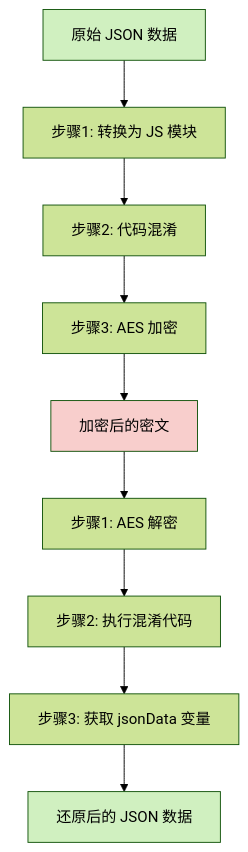
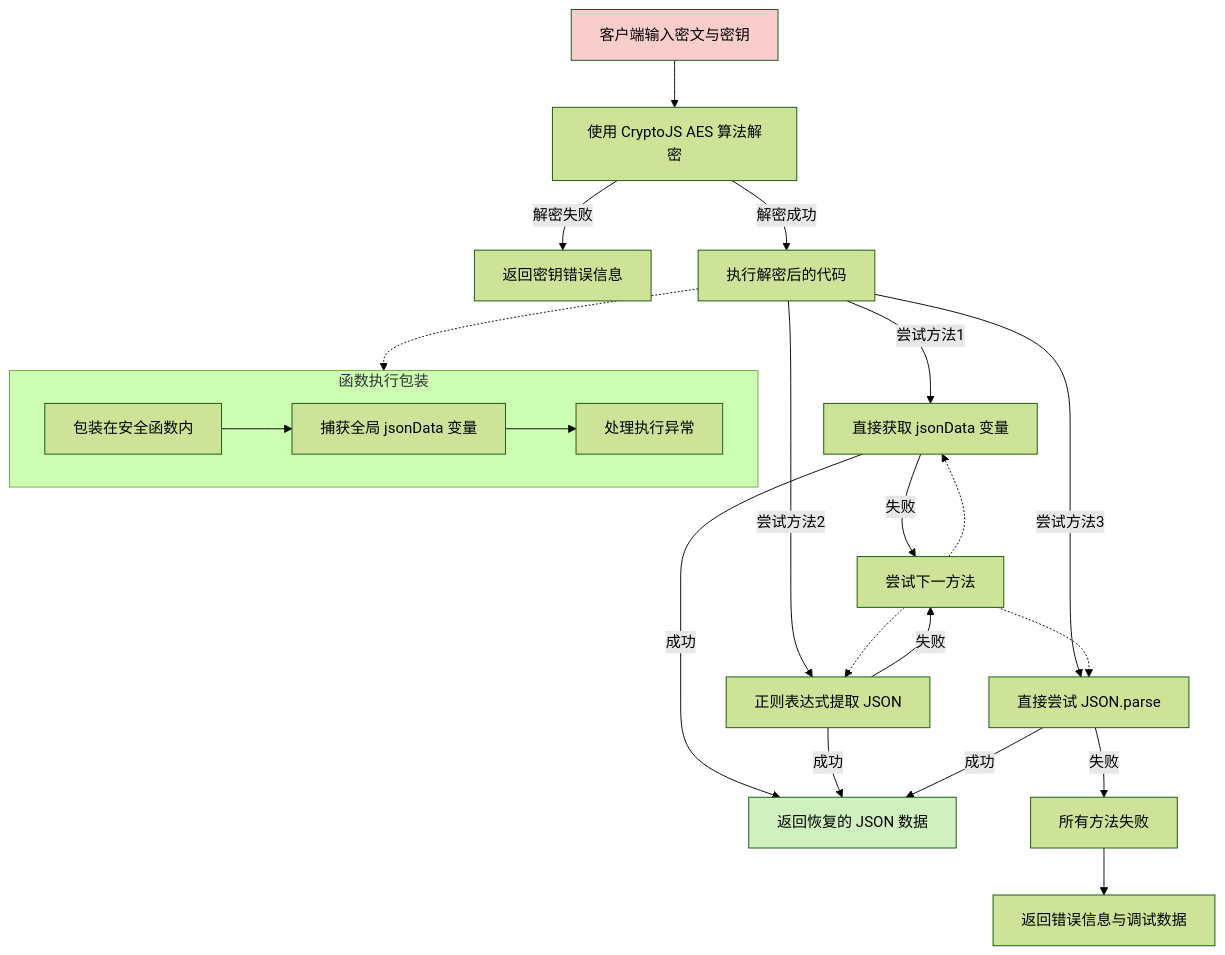
One commit to yingjianzh/iodraw-files changed the diagram in all/未命名-42.md. Above: the diagram before and after it, drawn with Mermaid (forest theme).

Commit message:
2025-04-24 17:55:18 update

````diff
--- a/all/未命名-42.md
+++ b/all/未命名-42.md
@@ -1,16 +1,36 @@
 ```mermaid
-graph TD
-    A[原始 JSON 数据] --> B[步骤1: 转换为 JS 模块]
-    B --> C[步骤2: 代码混淆]
-    C --> D[步骤3: AES 加密]
-    D --> E[加密后的密文]
+
+flowchart TD
+    A[客户端输入密文与密钥] --> B[使用 CryptoJS AES 算法解密]
+    B -->|解密失败| C[返回密钥错误信息]
+    B -->|解密成功| D[执行解密后的代码]
     
-    E --> F[步骤1: AES 解密]
-    F --> G[步骤2: 执行混淆代码]
-    G --> H[步骤3: 获取 jsonData 变量]
-    H --> I[还原后的 JSON 数据]
+    D -->|尝试方法1| E[直接获取 jsonData 变量]
+    D -->|尝试方法2| F[正则表达式提取 JSON]
+    D -->|尝试方法3| G[直接尝试 JSON.parse]
     
-    style A fill:#d0f0c0
-    style E fill:#f8cecc
-    style I fill:#d0f0c0
+    E -->|成功| H[返回恢复的 JSON 数据]
+    F -->|成功| H
+    G -->|成功| H
+    
+    E -->|失败| I[尝试下一方法]
+    F -->|失败| I
+    G -->|失败| J[所有方法失败]
+    
+    I -.-> E
+    I -.-> F
+    I -.-> G
+    
+    J --> K[返回错误信息与调试数据]
+    
+    subgraph 函数执行包装
+    D1[包装在安全函数内] --> D2[捕获全局 jsonData 变量]
+    D2 --> D3[处理执行异常]
+    end
+    
+    D -.-> 函数执行包装
+    
+    style A fill:#f8cecc
+    style H fill:#d0f0c0
+
 ```
````
